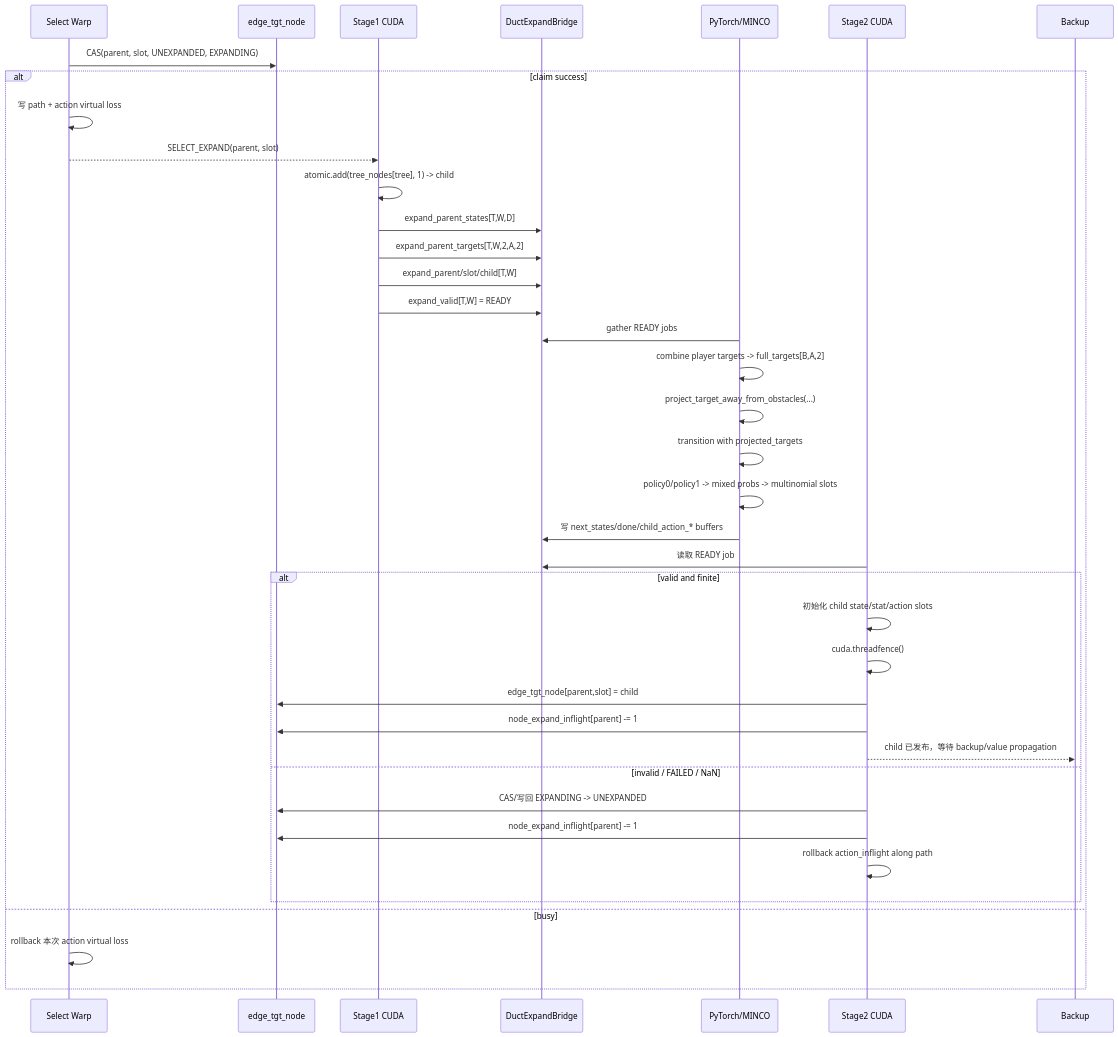
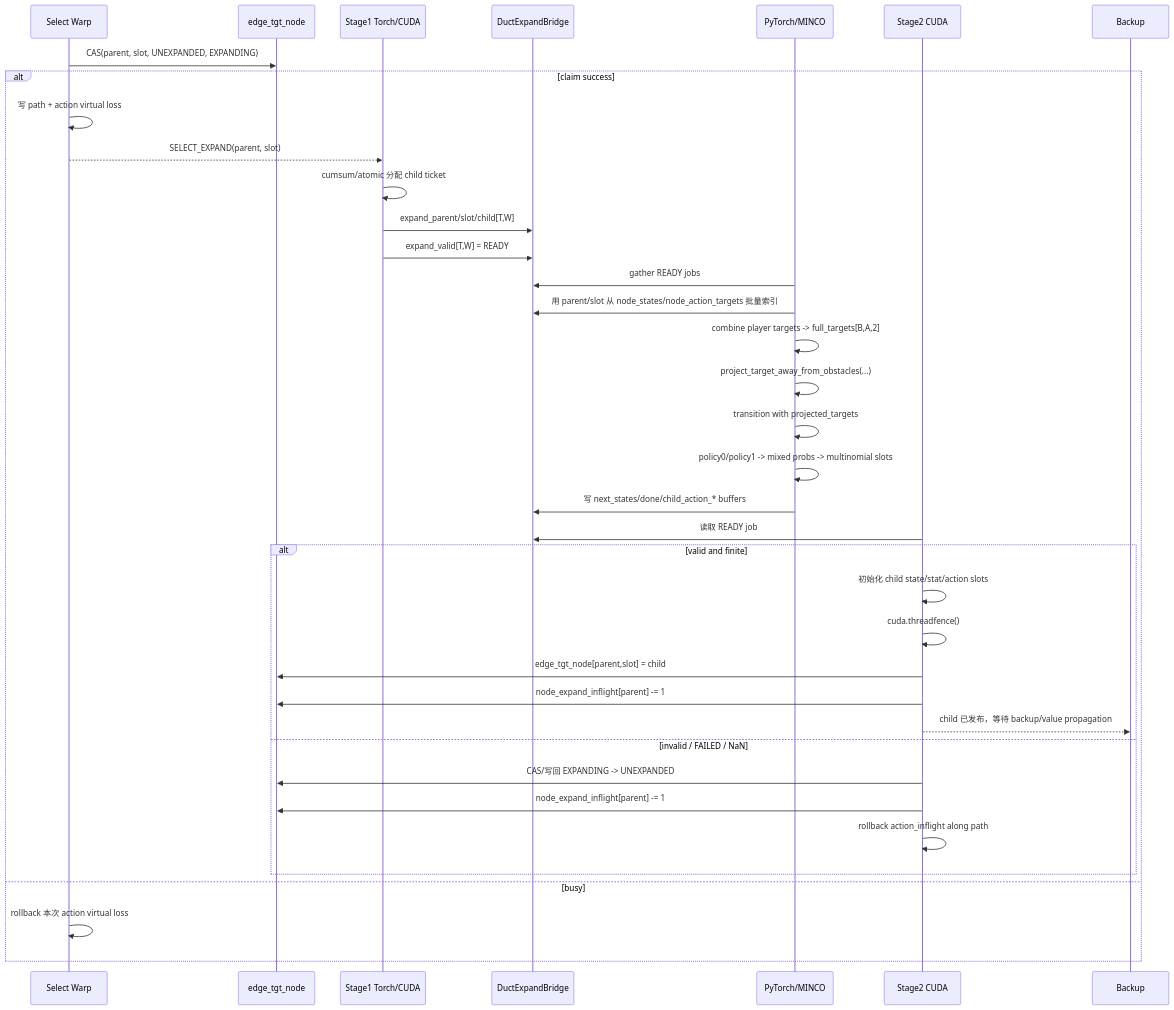
Before and after one commit to MarkJoson/mcts_numba_cuda: the second of 6 diagrams in gpu_mcts_kernel_design_principles.md, drawn with Mermaid. The commit also changed other lines of this file and 5 other files, not shown here.

Commit message:
删除node_expand,node_action_ids，select内增加节点数量溢出检测，为之后的page node做准备。

````diff
--- a/gpu_mcts_kernel_design_principles.md
+++ b/gpu_mcts_kernel_design_principles.md
@@ -358,41 +358,40 @@
 ```mermaid
 sequenceDiagram
     participant S as Select Warp
     participant E as edge_tgt_node
-    participant K1 as Stage1 CUDA
+    participant K1 as Stage1 Torch/CUDA
     participant B as DuctExpandBridge
     participant P as PyTorch/MINCO
     participant K2 as Stage2 CUDA
     participant BK as Backup
 
     S->>E: CAS(parent, slot, UNEXPANDED, EXPANDING)
     alt claim success
         S->>S: 写 path + action virtual loss
         S-->>K1: SELECT_EXPAND(parent, slot)
-        K1->>K1: atomic.add(tree_nodes[tree], 1) -> child
-        K1->>B: expand_parent_states[T,W,D]
-        K1->>B: expand_parent_targets[T,W,2,A,2]
+        K1->>K1: cumsum/atomic 分配 child ticket
         K1->>B: expand_parent/slot/child[T,W]
         K1->>B: expand_valid[T,W] = READY
         P->>B: gather READY jobs
+        P->>B: 用 parent/slot 从 node_states/node_action_targets 批量索引
         P->>P: combine player targets -> full_targets[B,A,2]
         P->>P: project_target_away_from_obstacles(...)
         P->>P: transition with projected_targets
         P->>P: policy0/policy1 -> mixed probs -> multinomial slots
         P->>B: 写 next_states/done/child_action_* buffers
         K2->>B: 读取 READY job
         alt valid and finite
             K2->>K2: 初始化 child state/stat/action slots
             K2->>K2: cuda.threadfence()
             K2->>E: edge_tgt_node[parent,slot] = child
             K2->>E: node_expand_inflight[parent] -= 1
             K2-->>BK: child 已发布，等待 backup/value propagation
         else invalid / FAILED / NaN
             K2->>E: CAS/写回 EXPANDING -> UNEXPANDED
             K2->>E: node_expand_inflight[parent] -= 1
             K2->>K2: rollback action_inflight along path
         end
     else busy
         S->>S: rollback 本次 action virtual loss
     end
 ```
````
